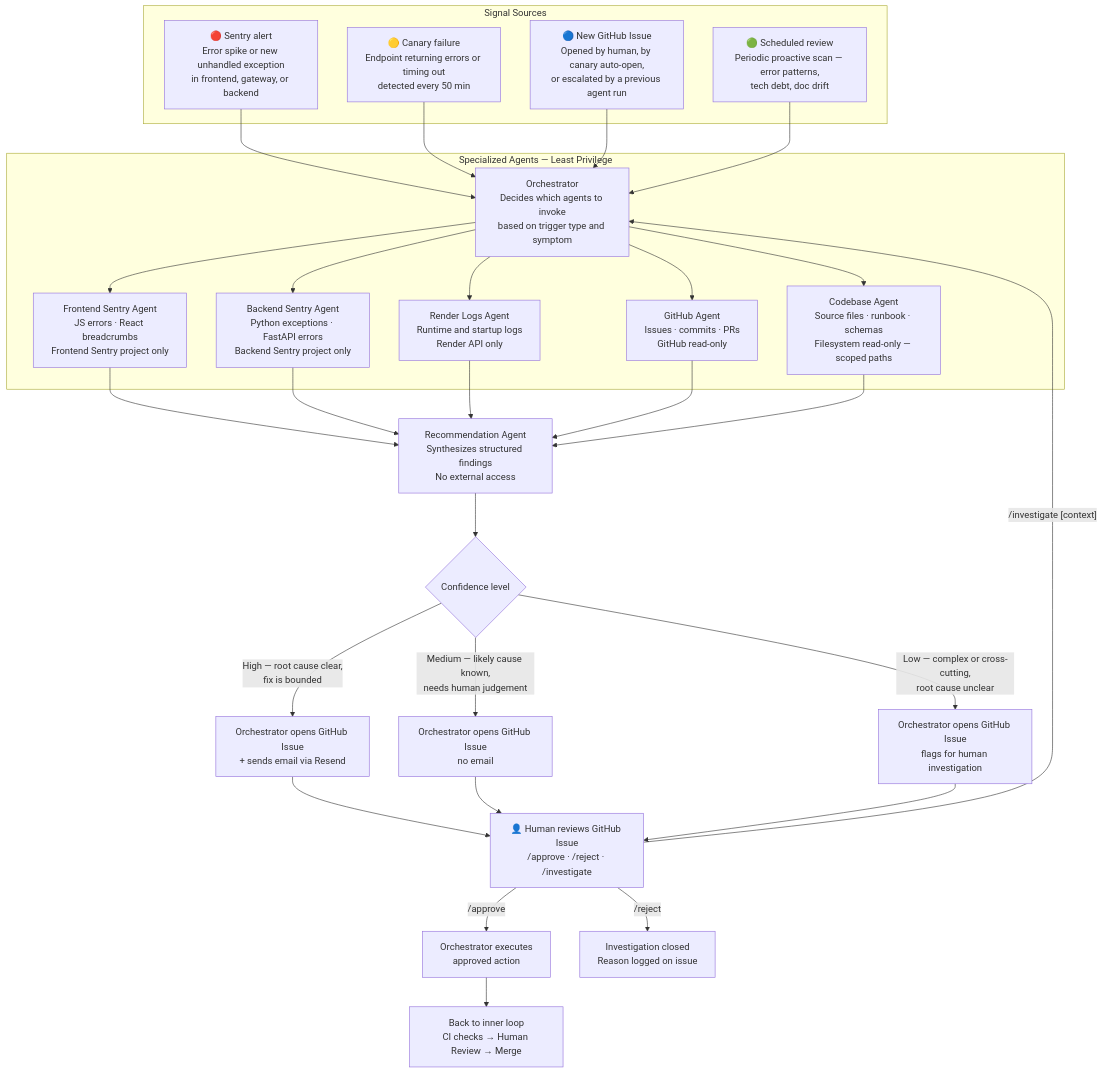
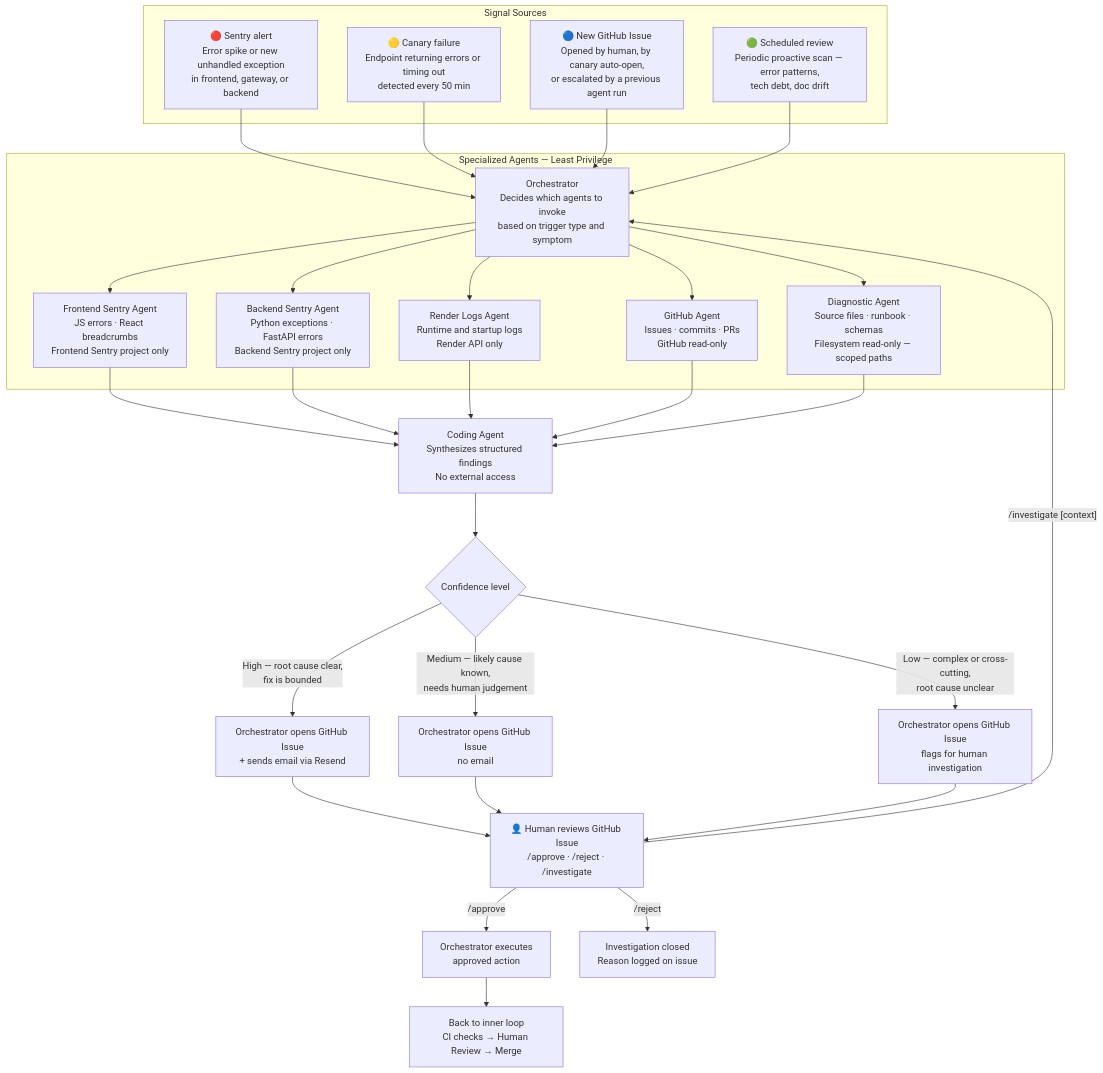
Before and after one commit to vikasparth/restaurant-main: the third of 3 diagrams in docs/engineering-practices/ai-agent-workflow.md, drawn with Mermaid. The commit also changed other lines of this file and 14 other files, not shown here.

First line of the commit message:
refactor(docs): rename Codebase Agent → Diagnostic Agent, Recommendation Agent → Coding Agent

````diff
--- a/docs/engineering-practices/ai-agent-workflow.md
+++ b/docs/engineering-practices/ai-agent-workflow.md
@@ -161,35 +161,35 @@
 ```mermaid
 flowchart TD
     subgraph Signals["Signal Sources"]
         S1["🔴 Sentry alert\nError spike or new unhandled exception\nin frontend, gateway, or backend"]
         S2["🟡 Canary failure\nEndpoint returning errors or timing out\ndetected every 50 min"]
         S3["🔵 New GitHub Issue\nOpened by human, by canary auto-open,\nor escalated by a previous agent run"]
         S4["🟢 Scheduled review\nPeriodic proactive scan — error patterns,\ntech debt, doc drift"]
     end
 
     S1 & S2 & S3 & S4 --> ORCH["Orchestrator\nDecides which agents to invoke\nbased on trigger type and symptom"]
 
     subgraph Agents["Specialized Agents — Least Privilege"]
         ORCH --> A1["Frontend Sentry Agent\nJS errors · React breadcrumbs\nFrontend Sentry project only"]
         ORCH --> A2["Backend Sentry Agent\nPython exceptions · FastAPI errors\nBackend Sentry project only"]
         ORCH --> A3["Render Logs Agent\nRuntime and startup logs\nRender API only"]
         ORCH --> A4["GitHub Agent\nIssues · commits · PRs\nGitHub read-only"]
-        ORCH --> A5["Codebase Agent\nSource files · runbook · schemas\nFilesystem read-only — scoped paths"]
+        ORCH --> A5["Diagnostic Agent\nSource files · runbook · schemas\nFilesystem read-only — scoped paths"]
     end
 
-    A1 & A2 & A3 & A4 & A5 --> REC["Recommendation Agent\nSynthesizes structured findings\nNo external access"]
+    A1 & A2 & A3 & A4 & A5 --> REC["Coding Agent\nSynthesizes structured findings\nNo external access"]
 
     REC --> CONF{Confidence level}
 
     CONF -->|"High — root cause clear,\nfix is bounded"| N1["Orchestrator opens GitHub Issue\n+ sends email via Resend"]
     CONF -->|"Medium — likely cause known,\nneeds human judgement"| N2["Orchestrator opens GitHub Issue\nno email"]
     CONF -->|"Low — complex or cross-cutting,\nroot cause unclear"| N3["Orchestrator opens GitHub Issue\nflags for human investigation"]
 
     N1 & N2 & N3 --> HUMAN["👤 Human reviews GitHub Issue\n/approve · /reject · /investigate"]
 
     HUMAN -->|"/approve"| ACT["Orchestrator executes\napproved action"]
     HUMAN -->|"/reject"| CLOSE["Investigation closed\nReason logged on issue"]
     HUMAN -->|"/investigate [context]"| ORCH
 
     ACT --> INNER["Back to inner loop\nCI checks → Human Review → Merge"]
 ```
````
